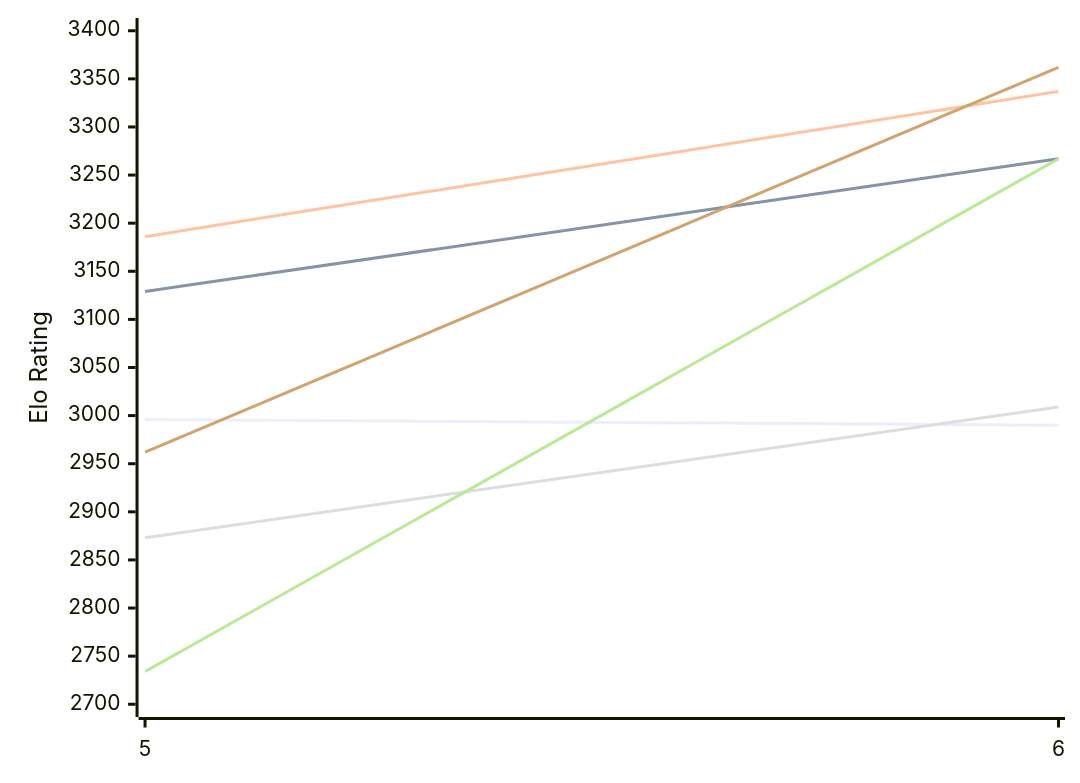
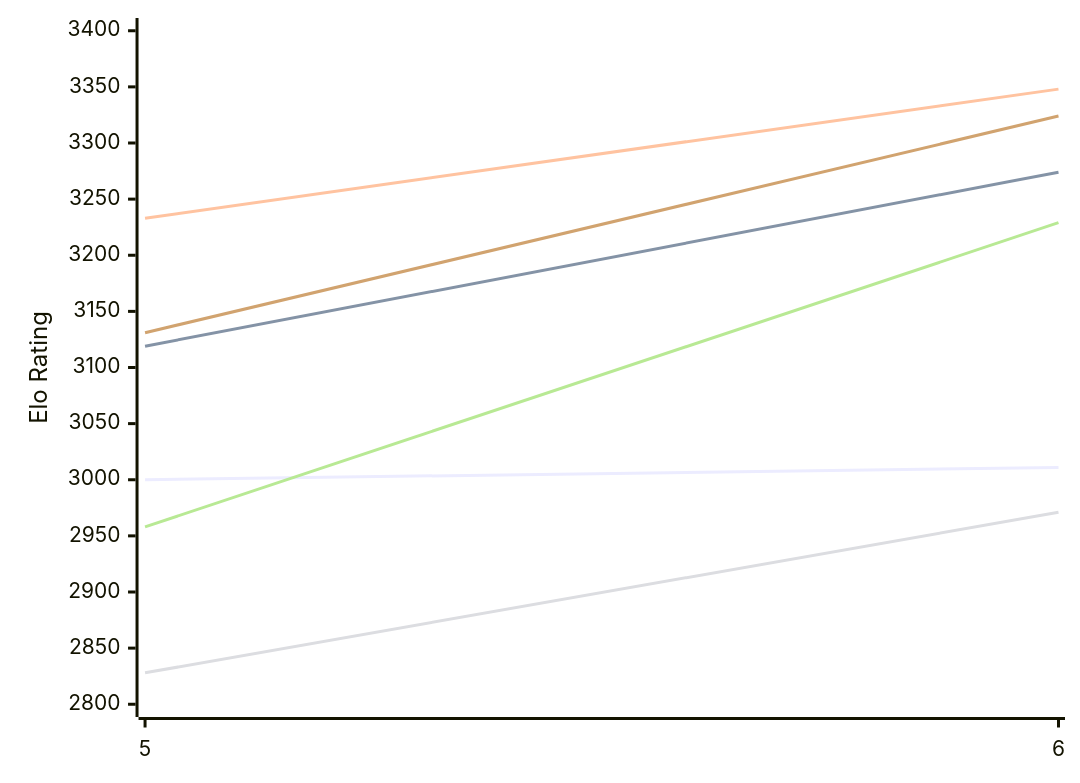
One commit to computer-chess-index/cci changed the first of 2 diagrams in engines/Cwtch.md. Above: the diagram before and after it, drawn with Mermaid. The commit also changed other lines of this file, not shown here.

Commit message:
Update CCI Ratings (ELO VLTC) - 2026-11-14

````diff
--- a/engines/Cwtch.md
+++ b/engines/Cwtch.md
@@ -51,12 +51,12 @@
 ```mermaid
 %%{init: {"theme":"base","themeVariables":{"seriesColors:['#a3a3a3','#222221','#faa371']}}}%%
 xychart-beta
   x-axis ["5", "6"]
-  y-axis "Elo Rating" 2700 --> 3400
-  line "E1: STC (8.0+0.08s)" [2996, 2990]
-  line "E1: LTC (60.0+0.60s)" [3129, 3267]
-  line "E1: VLTC (2m24s+1.12s)" [3186, 3337]
-  line "P1: STC (8.0+0.08s)" [2873, 3009]
-  line "P1: LTC (60.0+0.60s)" [2734, 3267]
-  line "P1: VLTC (2m24s+1.12s)" [2962, 3362]
+  y-axis "Elo Rating" 2800 --> 3400
+  line "E1: STC (8.0+0.08s)" [3000, 3011]
+  line "E1: LTC (60.0+0.60s)" [3119, 3274]
+  line "E1: VLTC (2m24s+1.12s)" [3233, 3348]
+  line "P1: STC (8.0+0.08s)" [2828, 2971]
+  line "P1: LTC (60.0+0.60s)" [2958, 3229]
+  line "P1: VLTC (2m24s+1.12s)" [3131, 3324]
 ```
````
